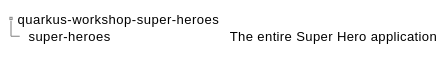
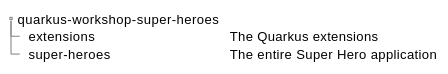
Before and after one commit to quarkusio/quarkus-workshops: the first of 4 diagrams in quarkus-workshop-super-heroes/docs/src/main/asciidoc/introduction-preparing.adoc, drawn with PlantUML. The commit also changed other lines of this file and 137 other files, not shown here.

```diff
--- a/quarkus-workshop-super-heroes/docs/src/main/asciidoc/introduction-preparing.adoc
+++ b/quarkus-workshop-super-heroes/docs/src/main/asciidoc/introduction-preparing.adoc
@@ -19,12 +19,13 @@
 [plantuml]
 ----
 @startsalt
 {
 {
 T
 quarkus-workshop-super-heroes
++ extensions           | The Quarkus extensions
 + super-heroes         | The entire Super Hero application
 }
 }
 @endsalt
 ----
```
